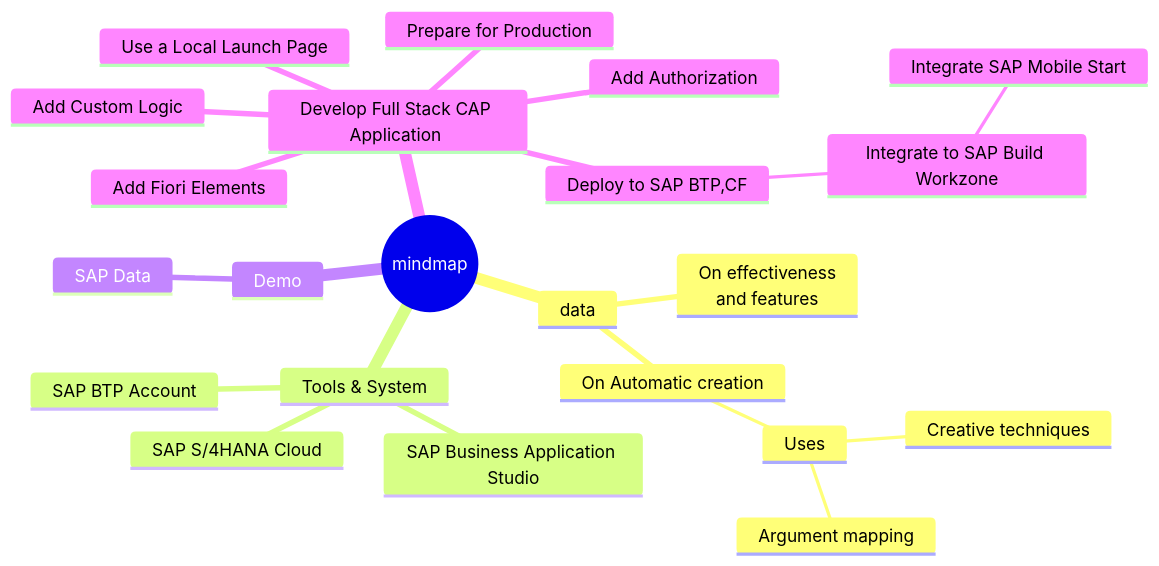
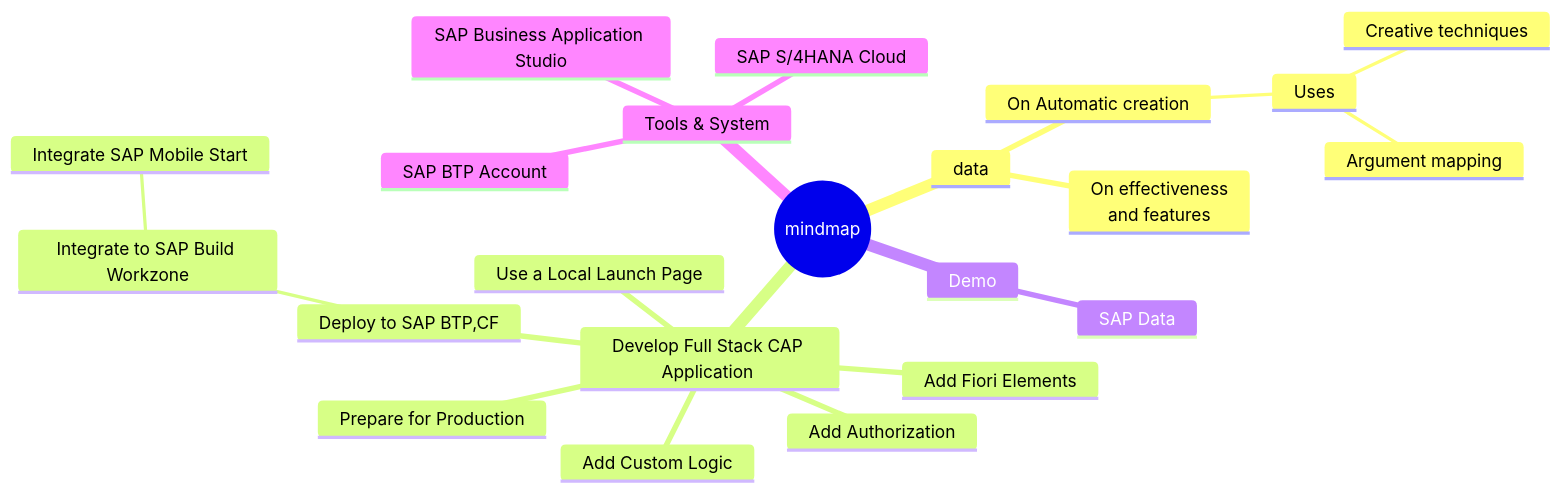
Before and after one commit to ejazsyed/validation-issue: the first of 4 diagrams in README.md, drawn with Mermaid. The commit also changed other lines of this file, not shown here.

````diff
--- a/README.md
+++ b/README.md
@@ -7,26 +7,26 @@
 ```mermaid
    mindmap
   root((mindmap))
     data
       On effectiveness<br/>and features
       On Automatic creation
         Uses
             Creative techniques
             Argument mapping
-    Tools & System
-      SAP BTP Account
-      SAP Business Application Studio
-      SAP S/4HANA Cloud
-    Demo
-      SAP Data
     Develop Full Stack CAP Application 
       Add Custom Logic
       Add Fiori Elements
       Use a Local Launch Page
       Add Authorization
       Prepare for Production
       Deploy to SAP BTP,CF
         Integrate to SAP Build Workzone
           Integrate SAP Mobile Start
+    Demo
+      SAP Data
+    Tools & System
+      SAP BTP Account
+      SAP Business Application Studio
+      SAP S/4HANA Cloud
 
 ```
````
